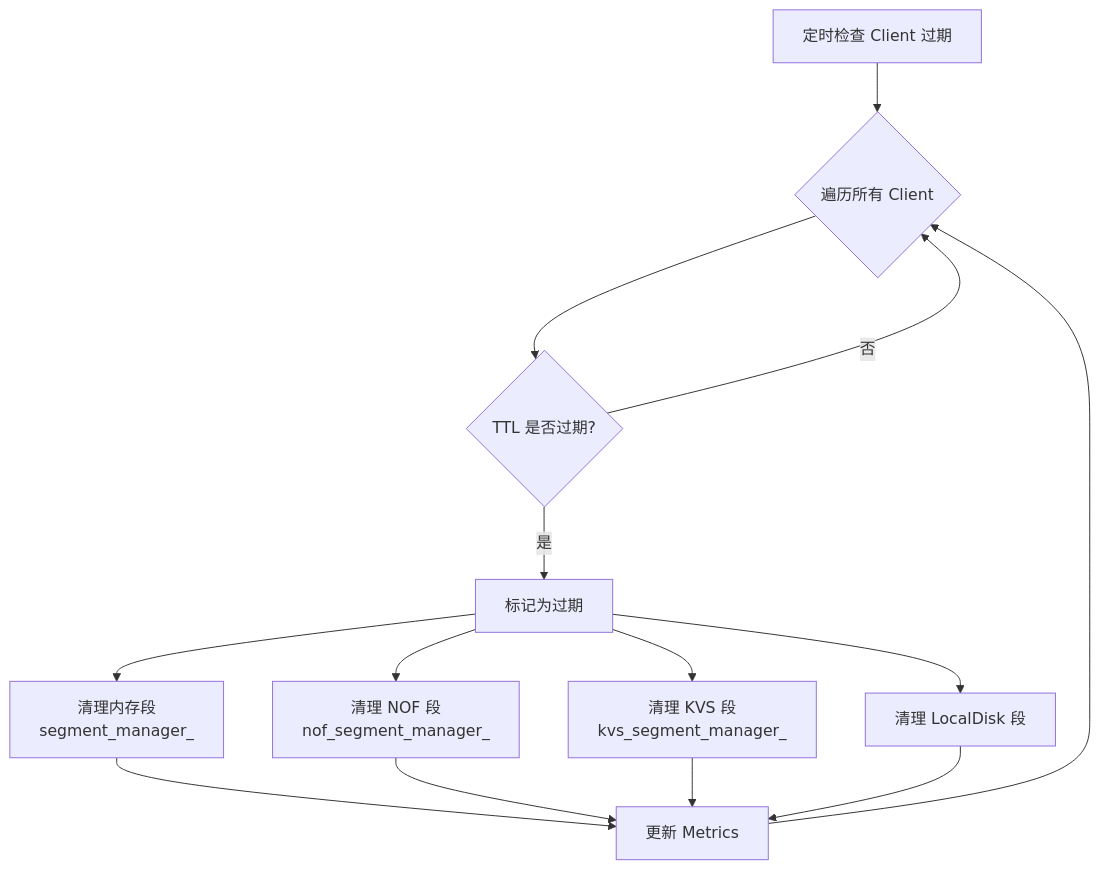
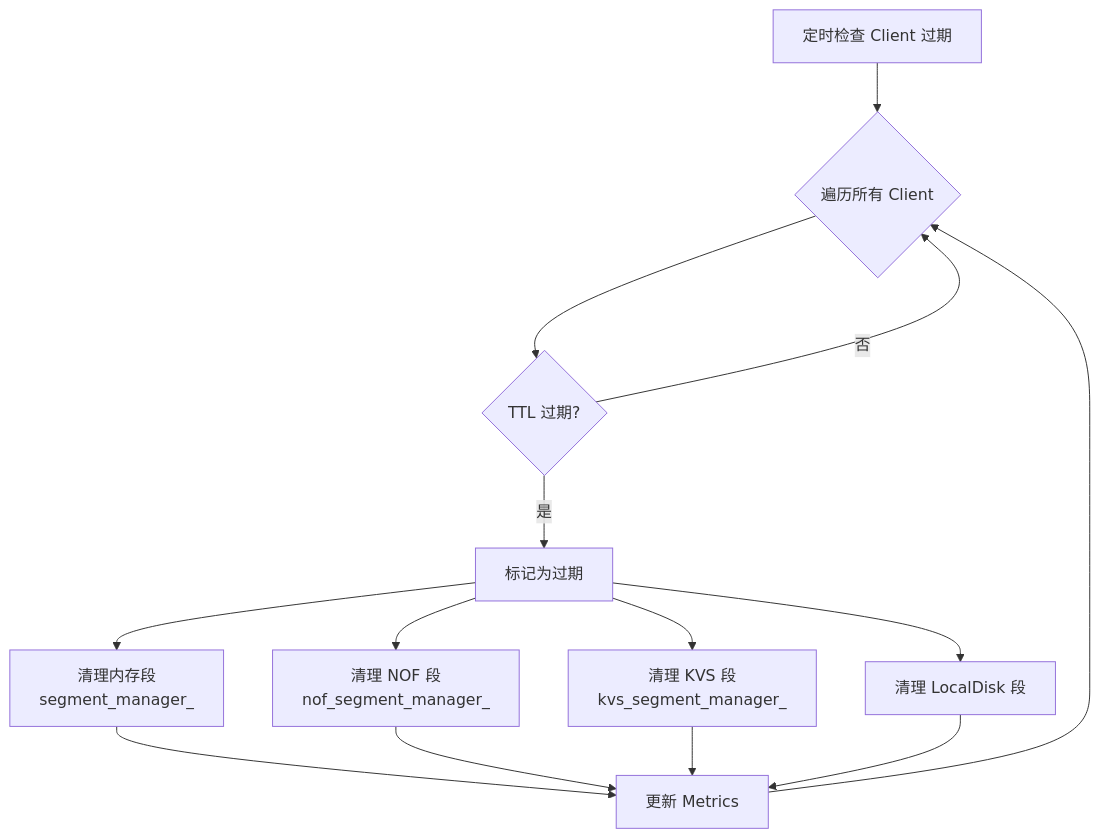
The ninth of 12 diagrams in mooncake-store/docs/KVUSegment_design.md (yz53665/Mooncake), drawn with Mermaid before and after one commit. The commit also changed other lines of this file, not shown here.

````diff
--- a/mooncake-store/docs/KVUSegment_design.md
+++ b/mooncake-store/docs/KVUSegment_design.md
@@ -406,18 +318,16 @@
 ```mermaid
 flowchart TD
     A[定时检查 Client 过期] --> B{遍历所有 Client}
-    B --> C{TTL 是否过期?}
+    B --> C{TTL 过期?}
     C -->|否| B
     C -->|是| D[标记为过期]
-
     D --> E[清理内存段<br/>segment_manager_]
     D --> G[清理 NOF 段<br/>nof_segment_manager_]
     D --> I[清理 KVS 段<br/>kvs_segment_manager_]
     D --> K[清理 LocalDisk 段]
-
     E --> L[更新 Metrics]
     G --> L
     I --> L
     K --> L
     L --> B
 ```
````
